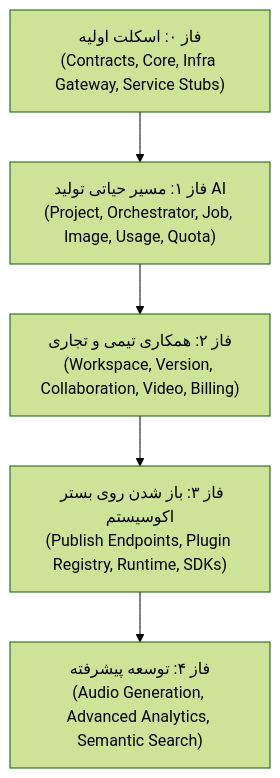
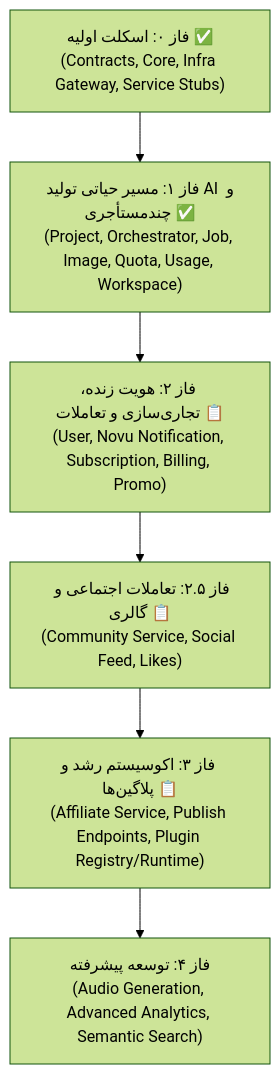
One commit to itstalentnet/dotdive changed the diagram in docs/lemmo/03-backend/services.md. Above: the diagram before and after it, drawn with Mermaid (forest theme). The commit also changed other lines of this file and 6 other files, not shown here.

Commit message:
docs(architecture): ratify ADR-011 and synchronize backend services, roadmap, and IAM specifications

````diff
--- a/docs/lemmo/03-backend/services.md
+++ b/docs/lemmo/03-backend/services.md
@@ -158,7 +179,8 @@
 ```mermaid
 flowchart TD
-    P0["فاز ۰: اسکلت اولیه<br/>(Contracts, Core, Infra Gateway, Service Stubs)"] --> P1["فاز ۱: مسیر حیاتی تولید AI<br/>(Project, Orchestrator, Job, Image, Usage, Quota)"]
-    P1 --> P2["فاز ۲: همکاری تیمی و تجاری<br/>(Workspace, Version, Collaboration, Video, Billing)"]
-    P2 --> P3["فاز ۳: باز شدن روی بستر اکوسیستم<br/>(Publish Endpoints, Plugin Registry, Runtime, SDKs)"]
+    P0["فاز ۰: اسکلت اولیه ✅<br/>(Contracts, Core, Infra Gateway, Service Stubs)"] --> P1["فاز ۱: مسیر حیاتی تولید AI و چندمستأجری ✅<br/>(Project, Orchestrator, Job, Image, Quota, Usage, Workspace)"]
+    P1 --> P2["فاز ۲: هویت زنده، تجاری‌سازی و تعاملات 📋<br/>(User, Novu Notification, Subscription, Billing, Promo)"]
+    P2 --> P25["فاز ۲.۵: تعاملات اجتماعی و گالری 📋<br/>(Community Service, Social Feed, Likes)"]
+    P25 --> P3["فاز ۳: اکوسیستم رشد و پلاگین‌ها 📋<br/>(Affiliate Service, Publish Endpoints, Plugin Registry/Runtime)"]
     P3 --> P4["فاز ۴: توسعه پیشرفته<br/>(Audio Generation, Advanced Analytics, Semantic Search)"]
 ```
````
